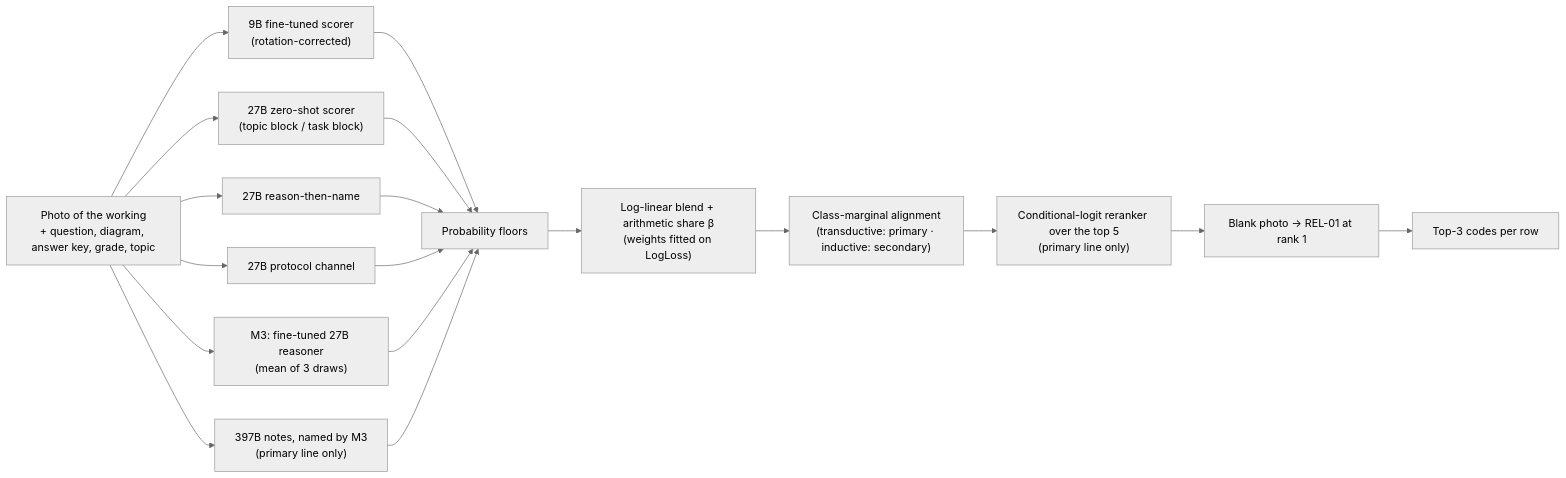
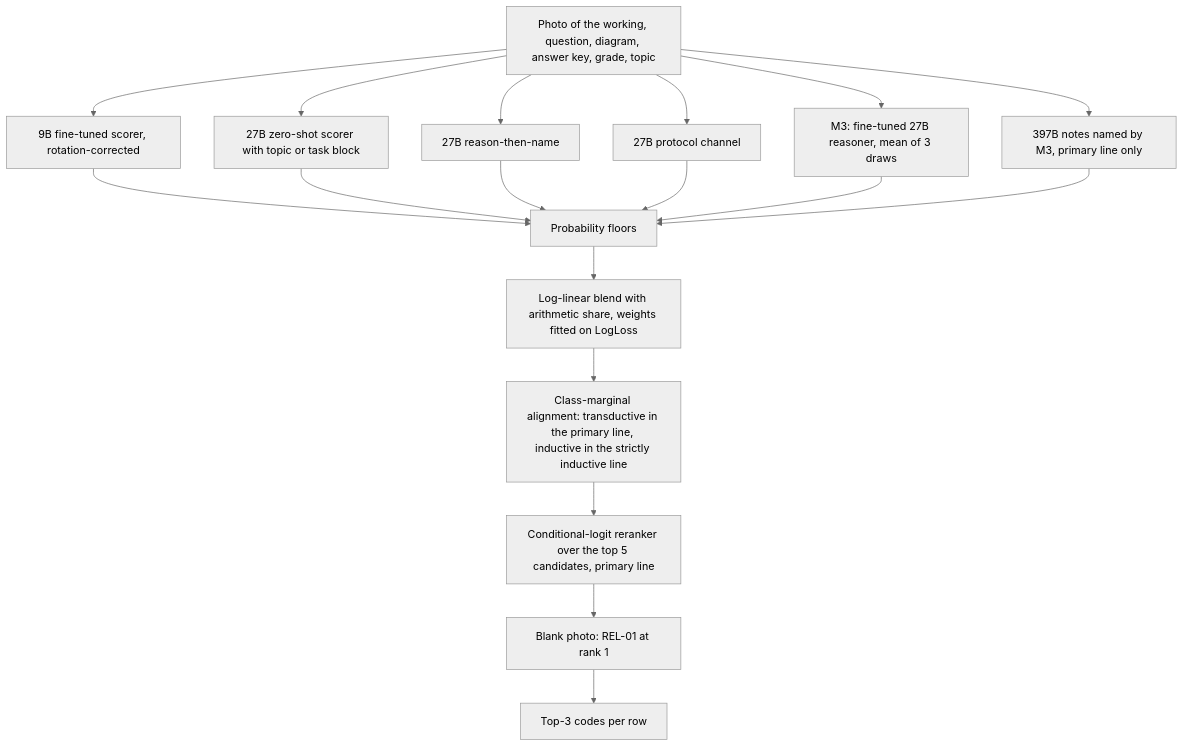
The diagram in README.md (nanare-sudo/k12-misconception-solution), drawn with Mermaid (neutral theme) before and after one commit.

Commit message:
README: simplify the architecture diagram so that GitHub renders it

````diff
--- a/README.md
+++ b/README.md
@@ -51,16 +51,33 @@
 ```mermaid
-flowchart LR
-    IN["Photo of the working<br/>+ question, diagram, answer key, grade, topic"]
-    IN --> C1["9B fine-tuned scorer<br/>(rotation-corrected)"]
-    IN --> C2["27B zero-shot scorer<br/>(topic block / task block)"]
-    IN --> C3["27B reason-then-name"]
-    IN --> C4["27B protocol channel"]
-    IN --> C5["M3: fine-tuned 27B reasoner<br/>(mean of 3 draws)"]
-    IN --> C6["397B notes, named by M3<br/>(primary line only)"]
-    C1 & C2 & C3 & C4 & C5 & C6 --> FL["Probability floors"]
-    FL --> BL["Log-linear blend + arithmetic share β<br/>(weights fitted on LogLoss)"]
-    BL --> AL["Class-marginal alignment<br/>(transductive: primary · inductive: secondary)"]
-    AL --> RR["Conditional-logit reranker over the top 5<br/>(primary line only)"]
-    RR --> BK["Blank photo → REL-01 at rank 1"]
-    BK --> OUT["Top-3 codes per row"]
+flowchart TD
+    IN["Photo of the working, question, diagram, answer key, grade, topic"]
+    C1["9B fine-tuned scorer, rotation-corrected"]
+    C2["27B zero-shot scorer with topic or task block"]
+    C3["27B reason-then-name"]
+    C4["27B protocol channel"]
+    C5["M3: fine-tuned 27B reasoner, mean of 3 draws"]
+    C6["397B notes named by M3, primary line only"]
+    FL["Probability floors"]
+    BL["Log-linear blend with arithmetic share, weights fitted on LogLoss"]
+    AL["Class-marginal alignment: transductive in the primary line, inductive in the strictly inductive line"]
+    RR["Conditional-logit reranker over the top 5 candidates, primary line"]
+    BK["Blank photo: REL-01 at rank 1"]
+    OUT["Top-3 codes per row"]
+    IN --> C1
+    IN --> C2
+    IN --> C3
+    IN --> C4
+    IN --> C5
+    IN --> C6
+    C1 --> FL
+    C2 --> FL
+    C3 --> FL
+    C4 --> FL
+    C5 --> FL
+    C6 --> FL
+    FL --> BL
+    BL --> AL
+    AL --> RR
+    RR --> BK
+    BK --> OUT
 ```
````
